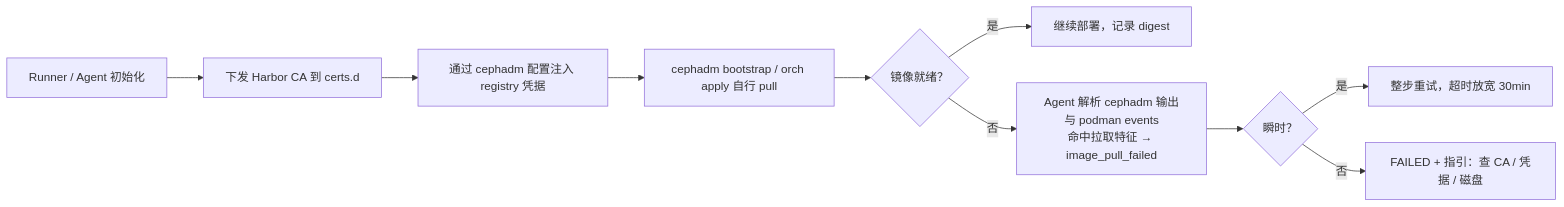
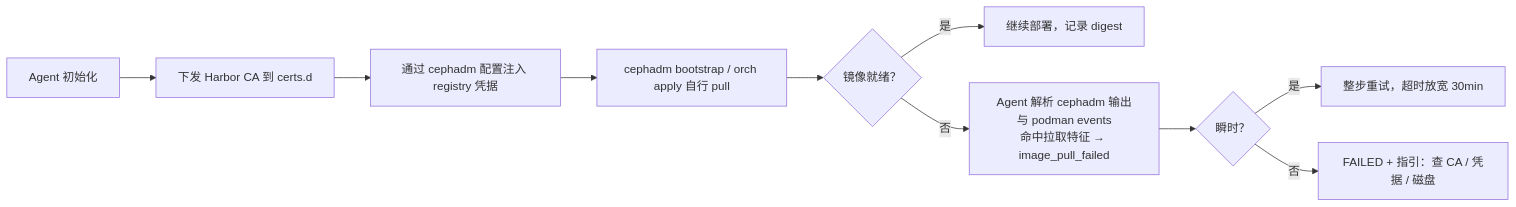
The ninth of 10 diagrams in docs/02-研发线/04-架构师/架构设计-Ceph管理平台.md (lnsyyj/winter), drawn with Mermaid before and after one commit. The commit also changed other lines of this file and 17 other files, not shown here.

````diff
--- a/docs/02-研发线/04-架构师/架构设计-Ceph管理平台.md
+++ b/docs/02-研发线/04-架构师/架构设计-Ceph管理平台.md
@@ -402,12 +396,12 @@
 ```mermaid
 flowchart LR
-  A[Runner / Agent 初始化] --> B[下发 Harbor CA 到 certs.d]
+  A[Agent 初始化] --> B[下发 Harbor CA 到 certs.d]
   B --> C[通过 cephadm 配置注入 registry 凭据]
   C --> D[cephadm bootstrap / orch apply 自行 pull]
   D --> E{镜像就绪？}
   E -- 是 --> F[继续部署，记录 digest]
   E -- 否 --> G[Agent 解析 cephadm 输出与 podman events<br/>命中拉取特征 → image_pull_failed]
   G --> H{瞬时？}
   H -- 是 --> I[整步重试，超时放宽 30min]
   H -- 否 --> J[FAILED + 指引：查 CA / 凭据 / 磁盘]
 ```
````
